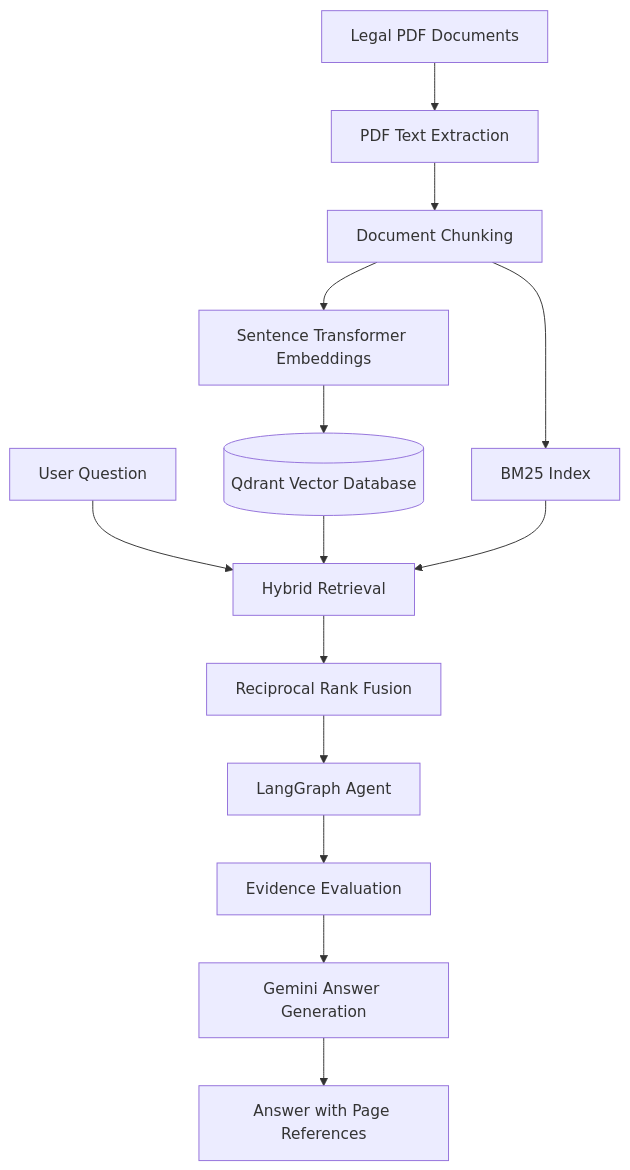
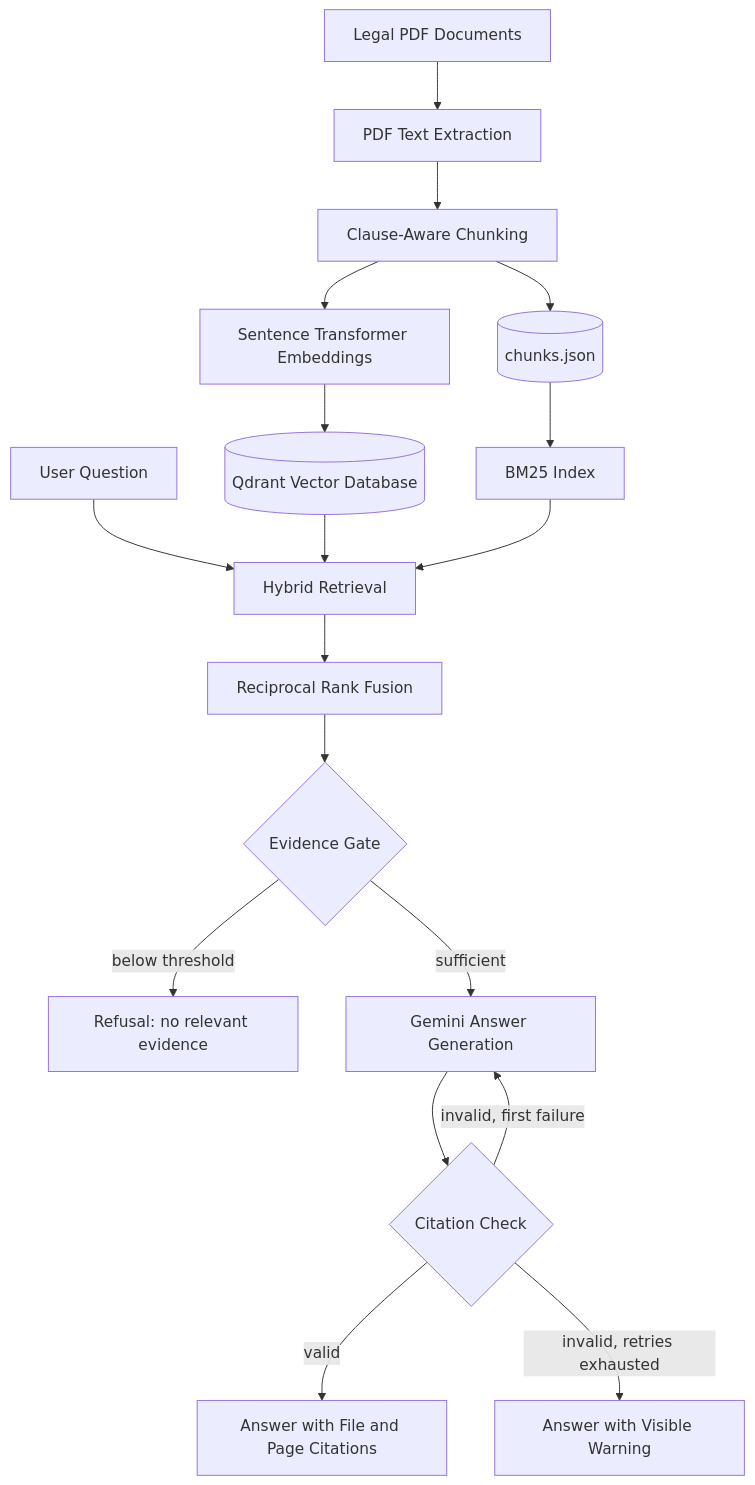
The diagram in README.md (Nerd-Wired/legal-evidence-agent), drawn with Mermaid before and after one commit. The commit also changed other lines of this file and 28 other files, not shown here.

Commit message:
Add evidence gate, citation validation with retry, clause-aware chunking, and tests

````diff
--- a/README.md
+++ b/README.md
@@ -30,18 +30,22 @@
 ```mermaid
 flowchart TD
     A[Legal PDF Documents] --> B[PDF Text Extraction]
-    B --> C[Document Chunking]
+    B --> C[Clause-Aware Chunking]
     C --> D[Sentence Transformer Embeddings]
     D --> E[(Qdrant Vector Database)]
-    C --> F[BM25 Index]
+    C --> F[(chunks.json)]
+    F --> G[BM25 Index]
 
-    G[User Question] --> H[Hybrid Retrieval]
+    Q[User Question] --> H[Hybrid Retrieval]
     E --> H
-    F --> H
+    G --> H
 
     H --> I[Reciprocal Rank Fusion]
-    I --> J[LangGraph Agent]
-    J --> K[Evidence Evaluation]
-    K --> L[Gemini Answer Generation]
-    L --> M[Answer with Page References]
+    I --> J{Evidence Gate}
+    J -- below threshold --> K[Refusal: no relevant evidence]
+    J -- sufficient --> L[Gemini Answer Generation]
+    L --> M{Citation Check}
+    M -- valid --> N[Answer with File and Page Citations]
+    M -- invalid, first failure --> L
+    M -- invalid, retries exhausted --> O[Answer with Visible Warning]
 ```
````
